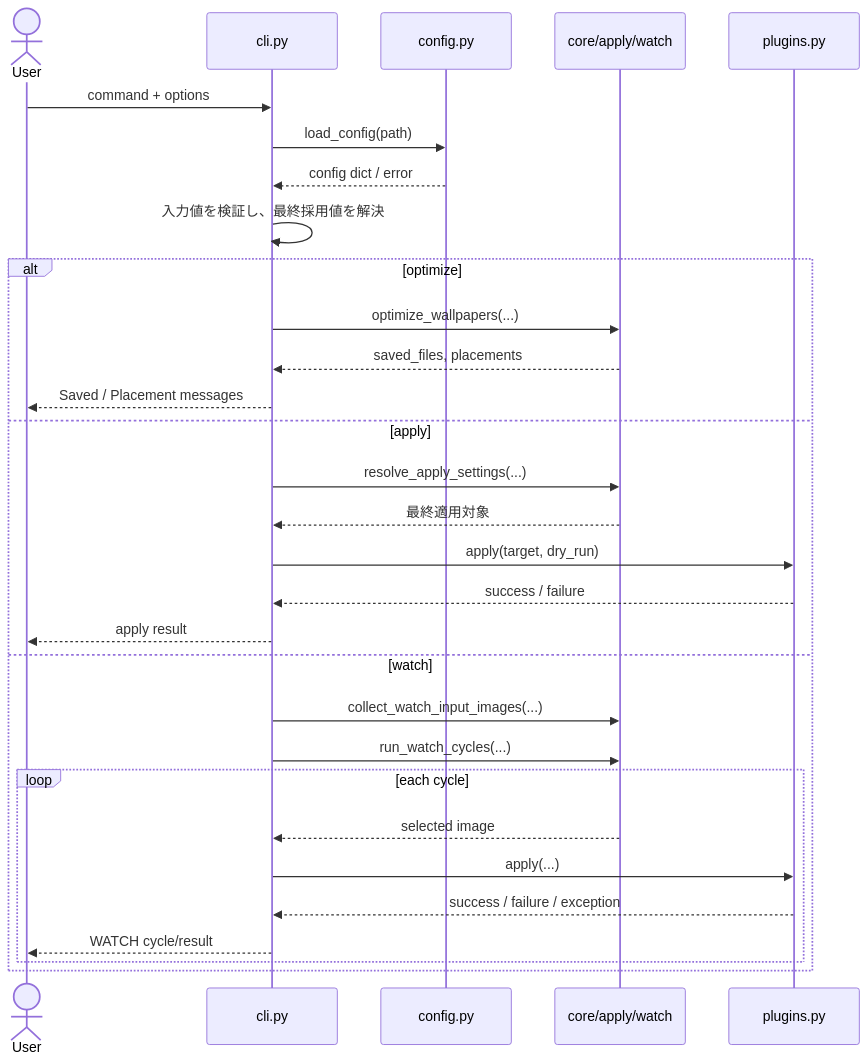
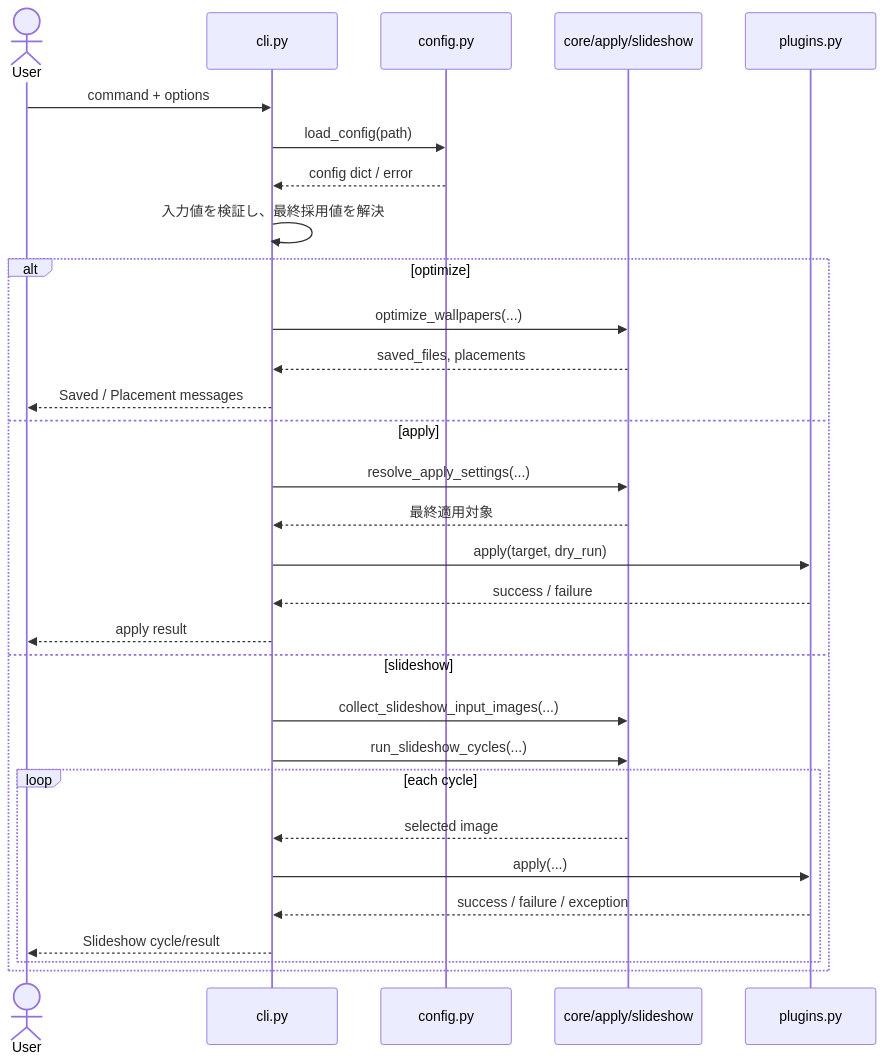
Before and after one commit to oggy8021/Harite: the diagram in docs/specs/cli/harite-cli-spec.md, drawn with Mermaid. The commit also changed other lines of this file and 37 other files, not shown here.

````diff
--- a/docs/specs/cli/harite-cli-spec.md
+++ b/docs/specs/cli/harite-cli-spec.md
@@ -30,34 +30,34 @@
 ```mermaid
 sequenceDiagram
     actor User
     participant CLI as cli.py
     participant Config as config.py
-    participant Core as core/apply/watch
+    participant Core as core/apply/slideshow
     participant Plugin as plugins.py
 
     User->>CLI: command + options
     CLI->>Config: load_config(path)
     Config-->>CLI: config dict / error
     CLI->>CLI: 入力値を検証し、最終採用値を解決
 
     alt optimize
         CLI->>Core: optimize_wallpapers(...)
         Core-->>CLI: saved_files, placements
         CLI-->>User: Saved / Placement messages
     else apply
         CLI->>Core: resolve_apply_settings(...)
         Core-->>CLI: 最終適用対象
         CLI->>Plugin: apply(target, dry_run)
         Plugin-->>CLI: success / failure
         CLI-->>User: apply result
-    else watch
-        CLI->>Core: collect_watch_input_images(...)
-        CLI->>Core: run_watch_cycles(...)
+    else slideshow
+        CLI->>Core: collect_slideshow_input_images(...)
+        CLI->>Core: run_slideshow_cycles(...)
         loop each cycle
             Core-->>CLI: selected image
             CLI->>Plugin: apply(...)
             Plugin-->>CLI: success / failure / exception
-            CLI-->>User: WATCH cycle/result
+            CLI-->>User: Slideshow cycle/result
         end
     end
 ```
````
